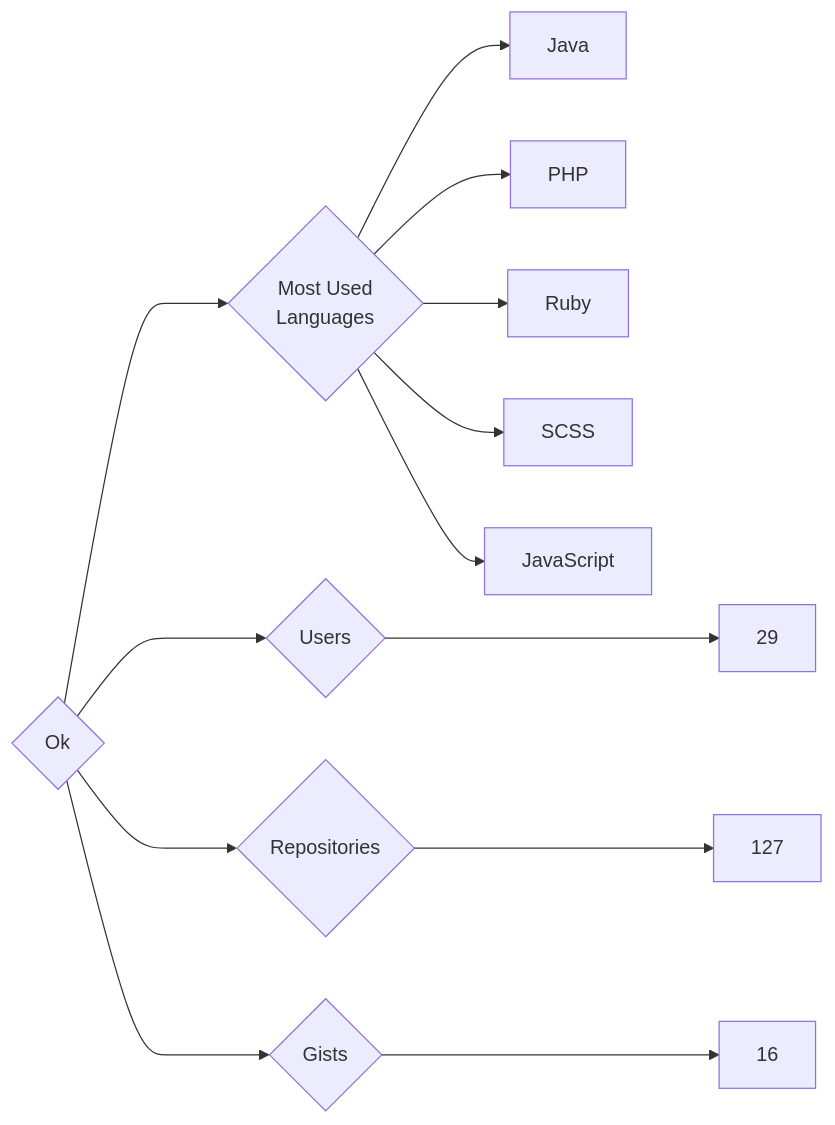
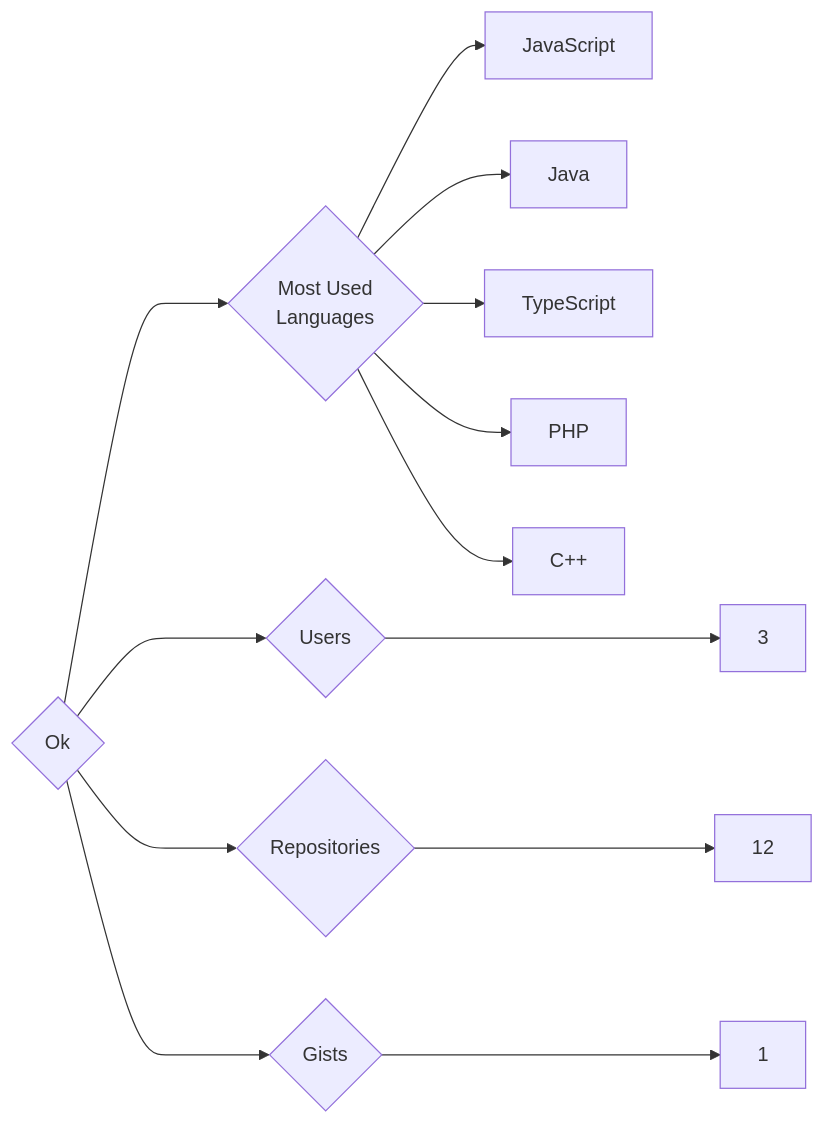
The diagram in targets/Ok/README.md (trickest/insiders), drawn with Mermaid before and after one commit. The commit also changed 964 other files, not shown here.

````diff
--- a/targets/Ok/README.md
+++ b/targets/Ok/README.md
@@ -3,13 +3,13 @@
 ```mermaid
 graph LR
 COMPANY_NAME{Ok}
-COMPANY_NAME ---> U{Users} ---> UN[29]
-COMPANY_NAME ---> R{Repositories} ---> RN[127]
-COMPANY_NAME ---> G{Gists} ---> GN[16]
+COMPANY_NAME ---> U{Users} ---> UN[3]
+COMPANY_NAME ---> R{Repositories} ---> RN[12]
+COMPANY_NAME ---> G{Gists} ---> GN[1]
 COMPANY_NAME ---> ML{Most Used<br>Languages}
+ML --> JavaScript[JavaScript]
 ML --> Java[Java]
+ML --> TypeScript[TypeScript]
 ML --> PHP[PHP]
-ML --> Ruby[Ruby]
-ML --> SCSS[SCSS]
-ML --> JavaScript[JavaScript]
+ML --> C++[C++]
 ```
````
